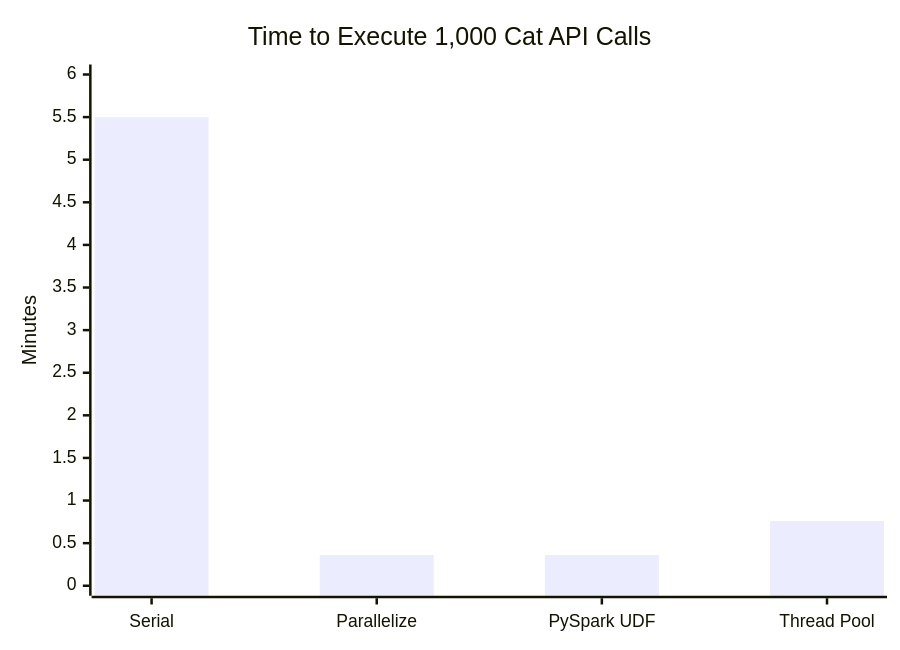
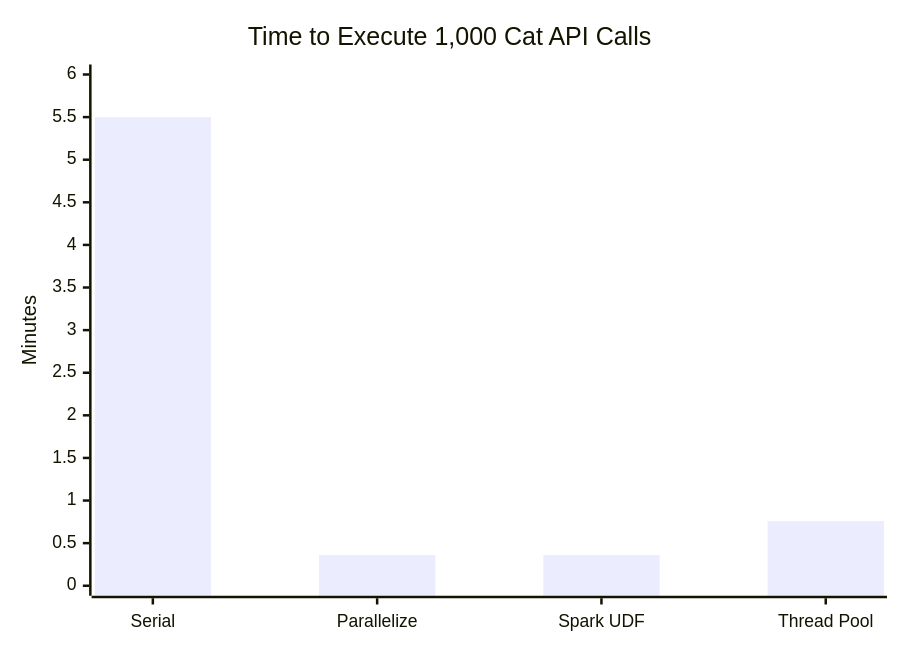
Before and after one commit to mwc360/mwc360.github.io: the diagram in _posts/2024-10-11-Parallelizing-Non-Distributed-Tasks.md, drawn with Mermaid. The commit also changed other lines of this file and 4 other files, not shown here.

````diff
--- a/_posts/2024-10-11-Parallelizing-Non-Distributed-Tasks.md
+++ b/_posts/2024-10-11-Parallelizing-Non-Distributed-Tasks.md
@@ -144,7 +132,7 @@
 ```mermaid
 xychart-beta
     title "Time to Execute 1,000 Cat API Calls"
-    x-axis ["Serial", "Parallelize", "PySpark UDF", "Thread Pool"]
+    x-axis ["Serial", "Parallelize", "Spark UDF", "Thread Pool"]
     y-axis "Minutes" 0 --> 6
     bar [5.5, 0.36, 0.36, 0.76]
 ```
````
